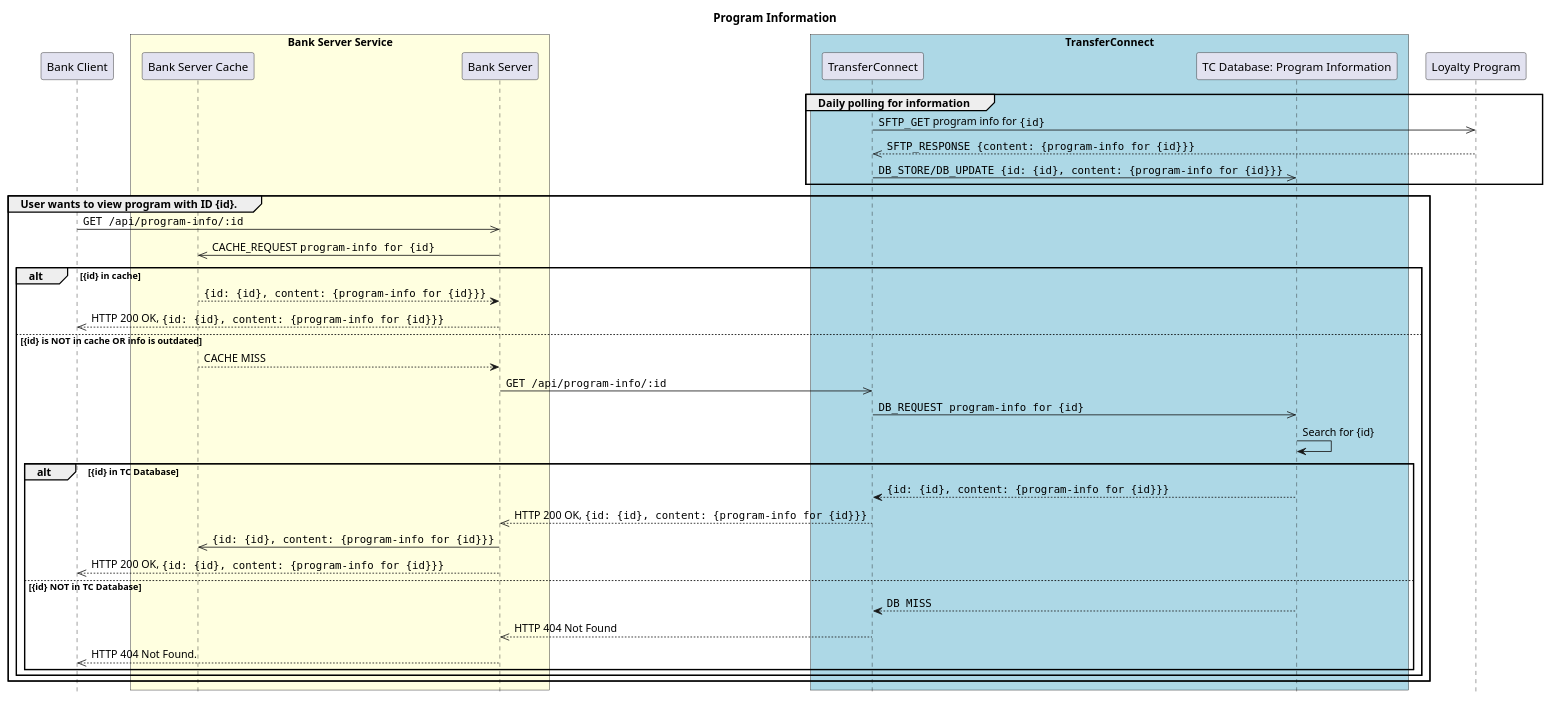
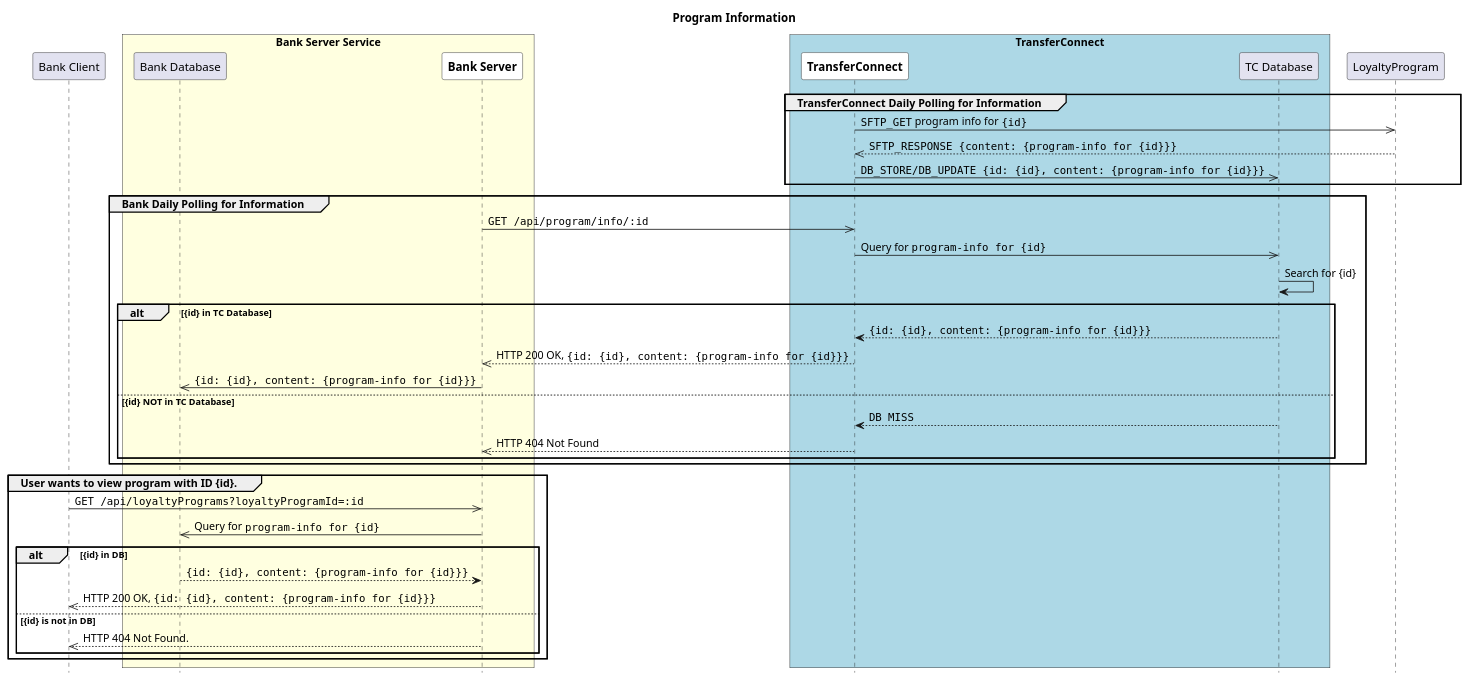
The diagram in diagrams/program-info.puml (Rye123/esc-transferconnect), drawn with PlantUML before and after one commit. The commit also changed 8 other files, not shown here.

Commit message:
docs: update sequence diagrams

```diff
--- a/diagrams/program-info.puml
+++ b/diagrams/program-info.puml
@@ -1,52 +1,51 @@
 @startuml Program Information Sequence Diagram
 skinparam ParticipantPadding 10
 skinparam BoxPadding 5
 
 hide footbox
 title **Program Information**
 
 participant BankClient as "Bank Client"
 
 box "Bank Server Service" #LightYellow
-  participant BankCache as "Bank Server Cache"
-  participant BankServer as "Bank Server"
+  participant BankDB as "Bank Database"
+  participant BankServer as "**Bank Server**" #white
 end box
 
 box "TransferConnect" #LightBlue
-  participant TransferConnect as "TransferConnect"
-  participant TCInfoDB as "TC Database: Program Information"
+  participant TransferConnect as "**TransferConnect**" #white
+  participant TCDB as "TC Database"
 end box
 
-participant LoyaltyProgram as "Loyalty Program"
-
-group Daily polling for information
+group TransferConnect Daily Polling for Information
   TransferConnect ->> LoyaltyProgram: ""SFTP_GET"" program info for ""{id}""
   TransferConnect <<-- LoyaltyProgram: ""SFTP_RESPONSE {content: {program-info for {id}}}""
-  TransferConnect ->> TCInfoDB: ""DB_STORE/DB_UPDATE {id: {id}, content: {program-info for {id}}}""
+  TransferConnect ->> TCDB: ""DB_STORE/DB_UPDATE {id: {id}, content: {program-info for {id}}}""
+end
+
+group Bank Daily Polling for Information
+  BankServer ->> TransferConnect: ""GET /api/program/info/:id""
+    TransferConnect ->> TCDB: Query for ""program-info for {id}""
+    TCDB -> TCDB: Search for {id}
+    alt {id} in TC Database
+      TransferConnect <-- TCDB: ""{id: {id}, content: {program-info for {id}}}""
+      BankServer <<-- TransferConnect: HTTP 200 OK, ""{id: {id}, content: {program-info for {id}}}""
+      BankDB <<- BankServer: ""{id: {id}, content: {program-info for {id}}}""
+    else {id} NOT in TC Database
+      TransferConnect <-- TCDB: ""DB MISS""
+      BankServer <<-- TransferConnect: HTTP 404 Not Found
+    end
 end
 
 group User wants to view program with ID {id}.
-  BankClient ->> BankServer: ""GET /api/program-info/:id""
+  BankClient ->> BankServer: ""GET /api/loyaltyPrograms?loyaltyProgramId=:id""
 
-  BankCache <<- BankServer: CACHE_REQUEST ""program-info for {id}""
-  alt {id} in cache
-    BankCache --> BankServer: ""{id: {id}, content: {program-info for {id}}}""
+  BankDB <<- BankServer: Query for ""program-info for {id}""
+  alt {id} in DB
+    BankDB --> BankServer: ""{id: {id}, content: {program-info for {id}}}""
     BankClient <<-- BankServer: HTTP 200 OK, ""{id: {id}, content: {program-info for {id}}}""
-  else {id} is NOT in cache OR info is outdated
-    BankCache --> BankServer: CACHE MISS
-    BankServer ->> TransferConnect: ""GET /api/program-info/:id""
-    TransferConnect ->> TCInfoDB: ""DB_REQUEST program-info for {id}""
-    TCInfoDB -> TCInfoDB: Search for {id}
-    alt {id} in TC Database
-      TransferConnect <-- TCInfoDB: ""{id: {id}, content: {program-info for {id}}}""
-      BankServer <<-- TransferConnect: HTTP 200 OK, ""{id: {id}, content: {program-info for {id}}}""
-      BankCache <<- BankServer: ""{id: {id}, content: {program-info for {id}}}""
-      BankClient <<-- BankServer: HTTP 200 OK, ""{id: {id}, content: {program-info for {id}}}""
-    else {id} NOT in TC Database
-      TransferConnect <-- TCInfoDB: ""DB MISS""
-      BankServer <<-- TransferConnect: HTTP 404 Not Found
-      BankClient <<-- BankServer: HTTP 404 Not Found.
-    end
+  else {id} is not in DB
+    BankClient <<-- BankServer: HTTP 404 Not Found.
   end
 end
 @enduml
```
